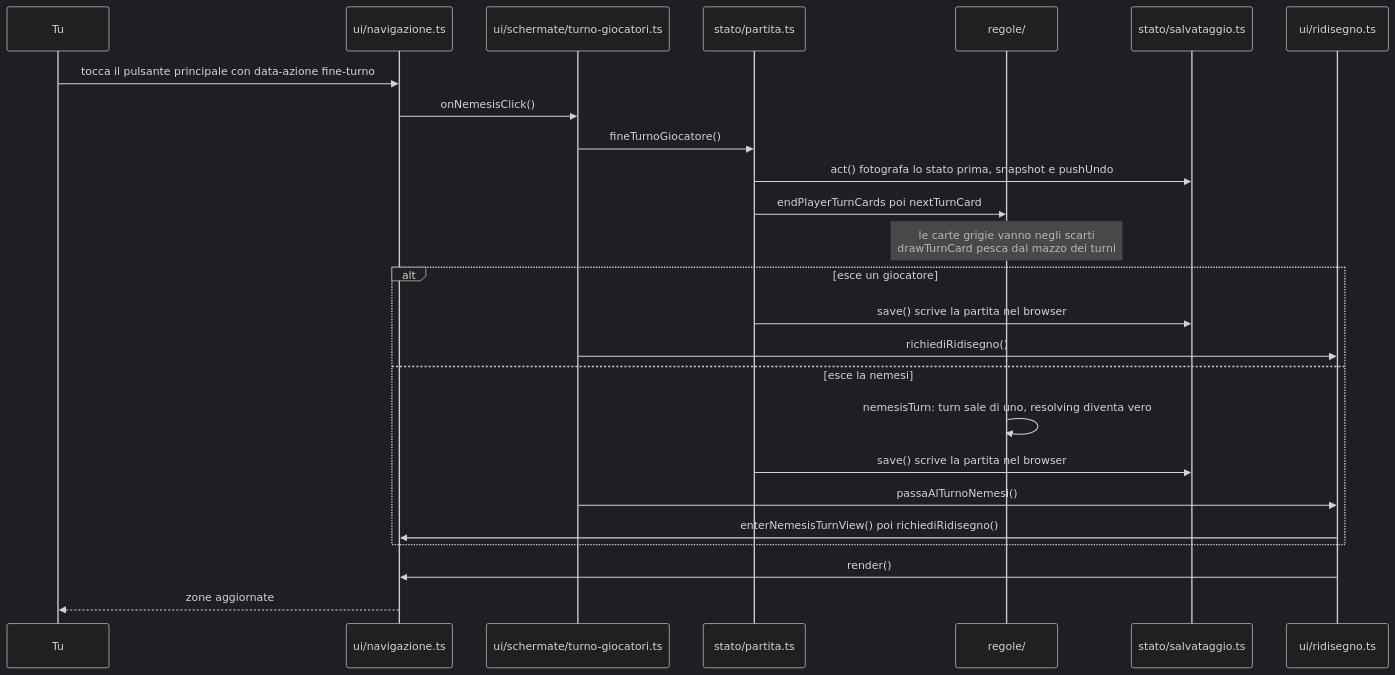
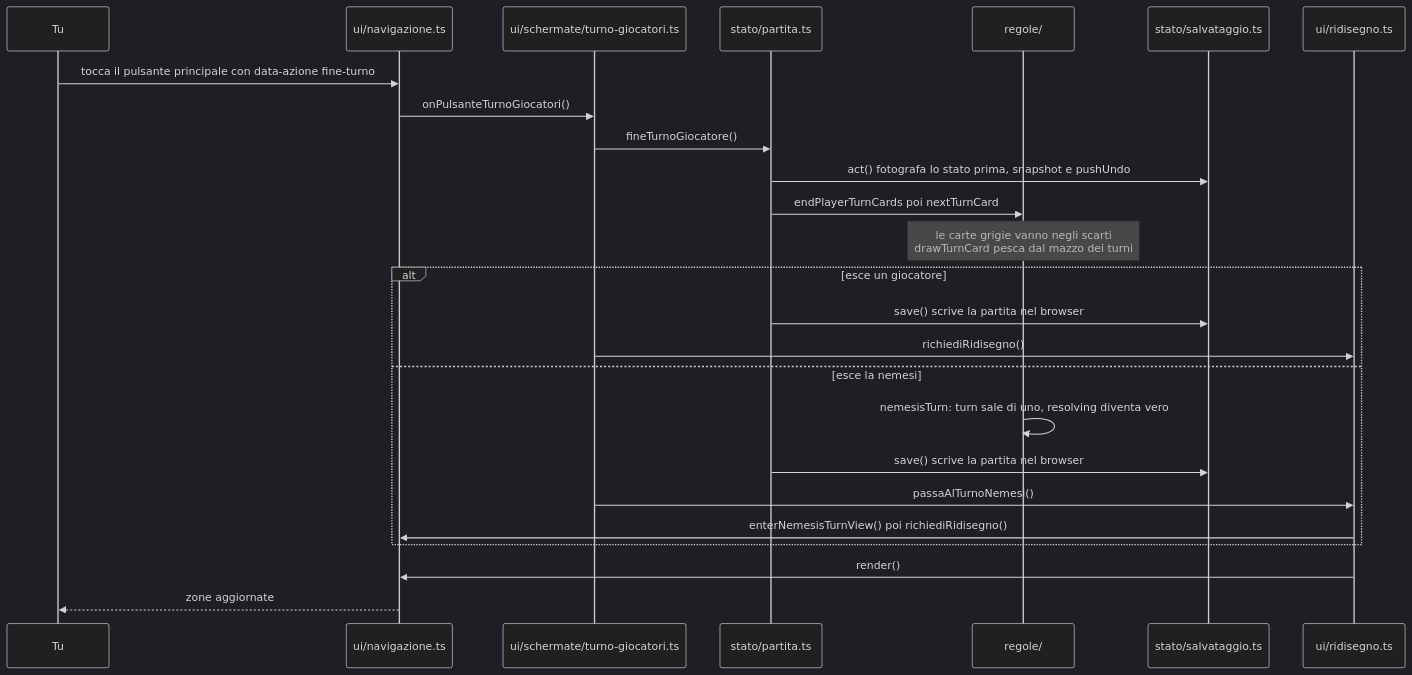
The second of 4 diagrams in docs/04-un-tocco.md (lorenzvittori/AeonsEnd_App_0.3), drawn with Mermaid (dark theme) before and after one commit. The commit also changed other lines of this file and 10 other files, not shown here.

Commit message:
Pulizia 3: tolti turnPileLocked e i suoi rami, 11 testi mai usati, includeUpgraded; onNemesisClick diventa onPulsanteTurnoGiocatori

````diff
--- a/docs/04-un-tocco.md
+++ b/docs/04-un-tocco.md
@@ -43,27 +43,27 @@
 ```mermaid
 sequenceDiagram
     participant U as Tu
     participant N as ui/navigazione.ts
     participant G as ui/schermate/turno-giocatori.ts
     participant P as stato/partita.ts
     participant R as regole/
     participant S as stato/salvataggio.ts
     participant A as ui/ridisegno.ts
     U->>N: tocca il pulsante principale con data-azione fine-turno
-    N->>G: onNemesisClick()
+    N->>G: onPulsanteTurnoGiocatori()
     G->>P: fineTurnoGiocatore()
     P->>S: act() fotografa lo stato prima, snapshot e pushUndo
     P->>R: endPlayerTurnCards poi nextTurnCard
     Note over R: le carte grigie vanno negli scarti<br/>drawTurnCard pesca dal mazzo dei turni
     alt esce un giocatore
         P->>S: save() scrive la partita nel browser
         G->>A: richiediRidisegno()
     else esce la nemesi
         R->>R: nemesisTurn: turn sale di uno, resolving diventa vero
         P->>S: save() scrive la partita nel browser
         G->>A: passaAlTurnoNemesi()
         A->>N: enterNemesisTurnView() poi richiediRidisegno()
     end
     A->>N: render()
     N-->>U: zone aggiornate
 ```
````
